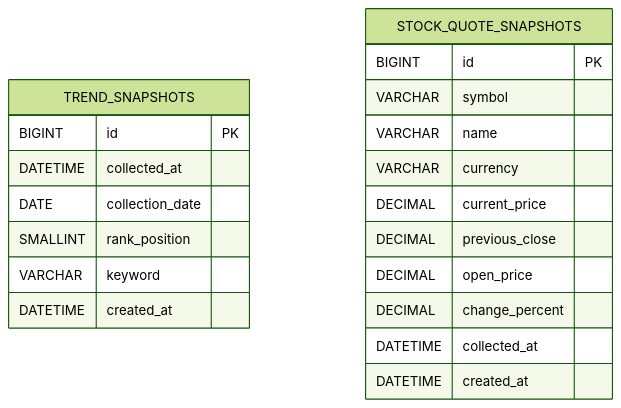
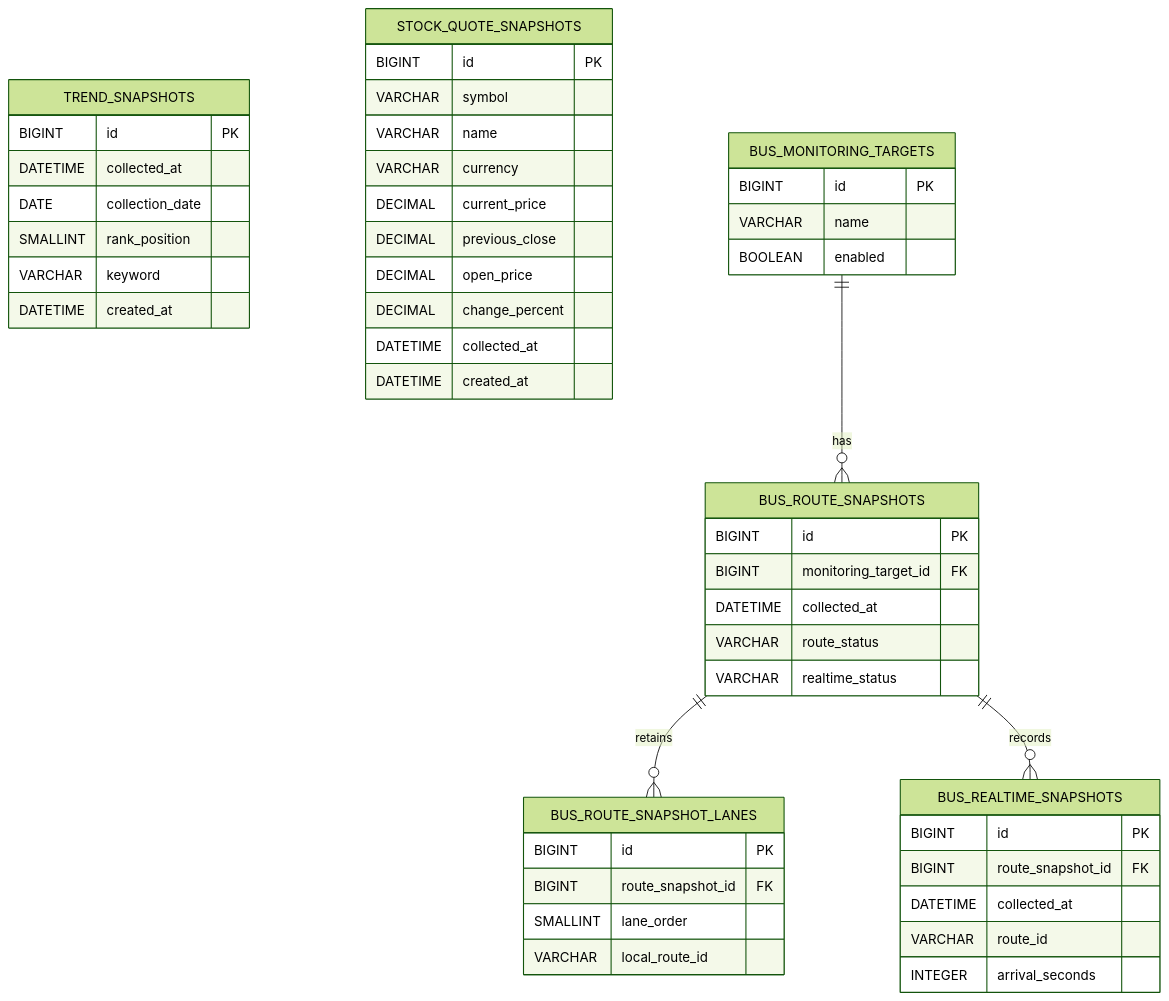
One commit to jhkr1/automation-hub changed the second of 5 diagrams in docs/database/database_architecture.md. Above: the diagram before and after it, drawn with Mermaid (forest theme). The commit also changed other lines of this file and 7 other files, not shown here.

````diff
--- a/docs/database/database_architecture.md
+++ b/docs/database/database_architecture.md
@@ -157,23 +178,51 @@
 ```mermaid
 erDiagram
     TREND_SNAPSHOTS {
         BIGINT id PK
         DATETIME collected_at
         DATE collection_date
         SMALLINT rank_position
         VARCHAR keyword
         DATETIME created_at
     }
     STOCK_QUOTE_SNAPSHOTS {
         BIGINT id PK
         VARCHAR symbol
         VARCHAR name
         VARCHAR currency
         DECIMAL current_price
         DECIMAL previous_close
         DECIMAL open_price
         DECIMAL change_percent
         DATETIME collected_at
         DATETIME created_at
     }
+    BUS_MONITORING_TARGETS ||--o{ BUS_ROUTE_SNAPSHOTS : has
+    BUS_ROUTE_SNAPSHOTS ||--o{ BUS_ROUTE_SNAPSHOT_LANES : retains
+    BUS_ROUTE_SNAPSHOTS ||--o{ BUS_REALTIME_SNAPSHOTS : records
+    BUS_MONITORING_TARGETS {
+        BIGINT id PK
+        VARCHAR name
+        BOOLEAN enabled
+    }
+    BUS_ROUTE_SNAPSHOTS {
+        BIGINT id PK
+        BIGINT monitoring_target_id FK
+        DATETIME collected_at
+        VARCHAR route_status
+        VARCHAR realtime_status
+    }
+    BUS_ROUTE_SNAPSHOT_LANES {
+        BIGINT id PK
+        BIGINT route_snapshot_id FK
+        SMALLINT lane_order
+        VARCHAR local_route_id
+    }
+    BUS_REALTIME_SNAPSHOTS {
+        BIGINT id PK
+        BIGINT route_snapshot_id FK
+        DATETIME collected_at
+        VARCHAR route_id
+        INTEGER arrival_seconds
+    }
 ```
````
